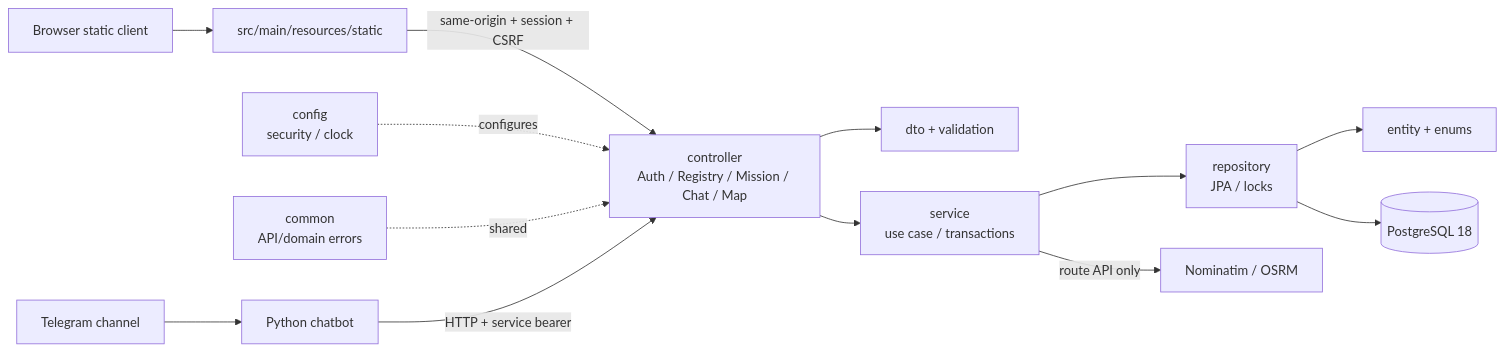
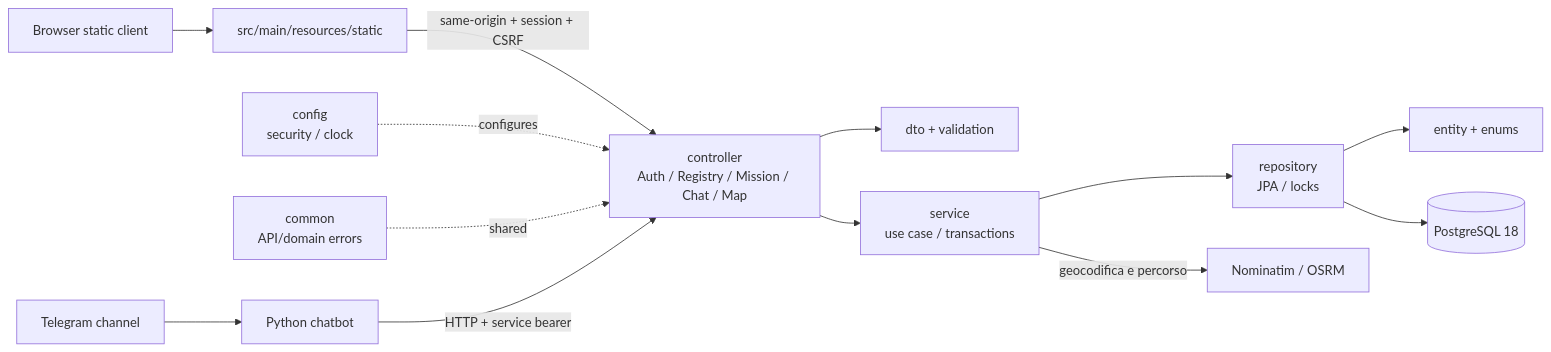
One commit to coluccimarco/fornitori-soccorso changed the diagram in docs/diagrams/component_packages.mmd. Above: the diagram before and after it, drawn with Mermaid. The commit also changed 75 other files, not shown here.

```diff
--- a/docs/diagrams/component_packages.mmd
+++ b/docs/diagrams/component_packages.mmd
@@ -1,14 +1,14 @@
 %% Logical packages and external components in the integrated baseline.
 flowchart LR
     Browser["Browser static client"] --> Static["src/main/resources/static"]
     Static -->|same-origin + session + CSRF| Controller["controller<br/>Auth / Registry / Mission / Chat / Map"]
     Controller --> DTO["dto + validation"]
     Controller --> Service["service<br/>use case / transactions"]
     Service --> Repo["repository<br/>JPA / locks"]
     Repo --> Entity["entity + enums"]
     Repo --> DB[("PostgreSQL 18")]
     Config["config<br/>security / clock"] -. configures .-> Controller
     Common["common<br/>API/domain errors"] -. shared .-> Controller
     Bot["Python chatbot"] -->|HTTP + service bearer| Controller
     Telegram["Telegram channel"] --> Bot
-    Service -->|route API only| Providers["Nominatim / OSRM"]
+    Service -->|geocodifica e percorso| Providers["Nominatim / OSRM"]
```
